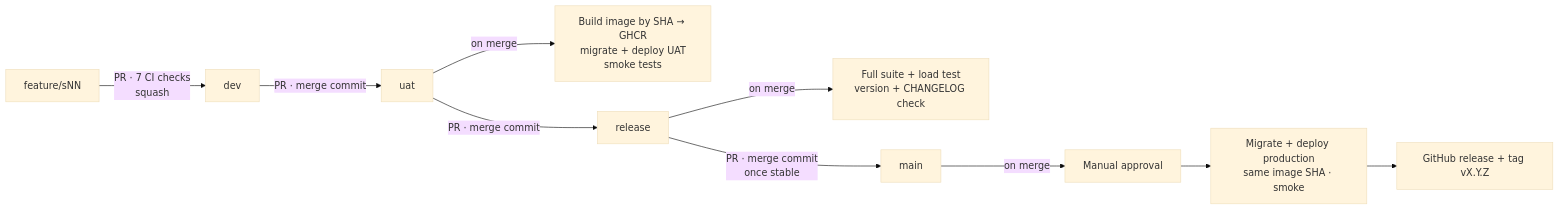
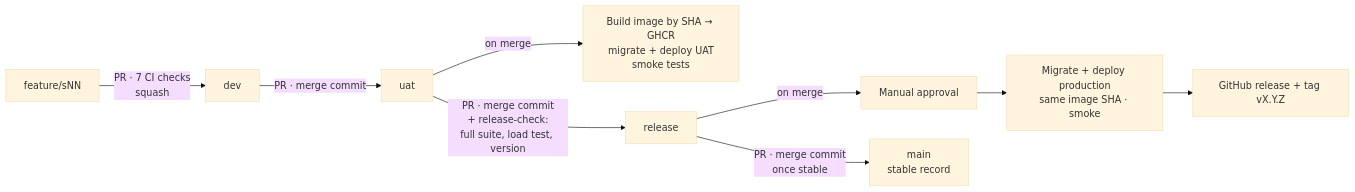
The ninth of 9 diagrams in docs/architecture.md (kartik8904/slotline), drawn with Mermaid (base theme) before and after one commit. The commit also changed other lines of this file and 10 other files, not shown here.

````diff
--- a/docs/architecture.md
+++ b/docs/architecture.md
@@ -287,12 +288,11 @@
 ```mermaid
 flowchart LR
   F[feature/sNN] -- "PR · 7 CI checks<br/>squash" --> D[dev]
   D -- "PR · merge commit" --> U[uat]
   U -- on merge --> UD[Build image by SHA → GHCR<br/>migrate + deploy UAT<br/>smoke tests]
-  U -- "PR · merge commit" --> R[release]
-  R -- on merge --> RC[Full suite + load test<br/>version + CHANGELOG check]
-  R -- "PR · merge commit<br/>once stable" --> M[main]
-  M -- on merge --> AP[Manual approval]
+  U -- "PR · merge commit<br/>+ release-check:<br/>full suite, load test, version" --> R[release]
+  R -- on merge --> AP[Manual approval]
   AP --> PD[Migrate + deploy production<br/>same image SHA · smoke]
   PD --> TG[GitHub release + tag vX.Y.Z]
+  R -- "PR · merge commit<br/>once stable" --> M[main<br/>stable record]
 ```
````
